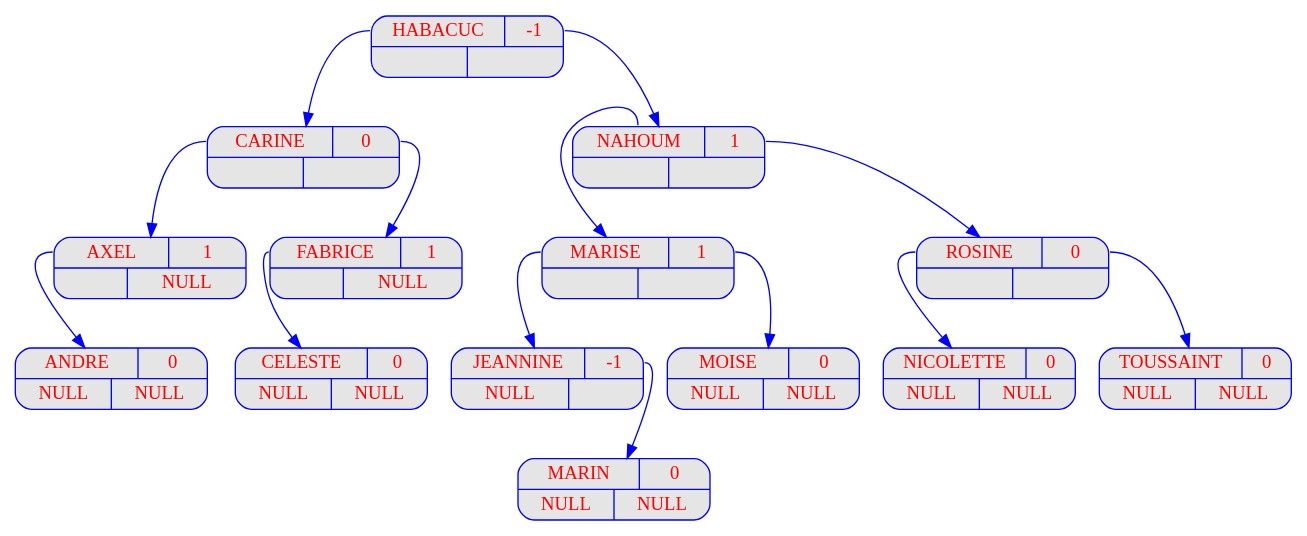
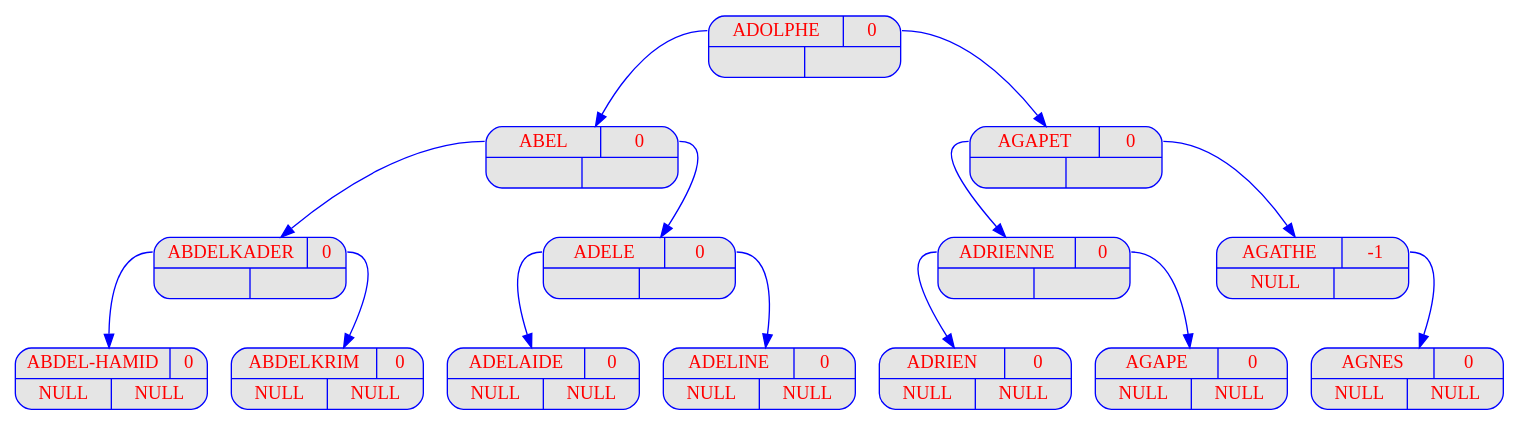
The diagram in output_Prog1/dot/displayAVL_v13.dot (FilRougeAAP/Fil_Rouge), drawn with Graphviz before and after one commit. The commit also changed 212 other files, not shown here.

```diff
--- a/output_Prog1/dot/displayAVL_v13.dot
+++ b/output_Prog1/dot/displayAVL_v13.dot
@@ -1,125 +1,52 @@
 digraph displayAVL {
 	node [
 		fontname  = "Arial bold" 
 		fontsize  = "14"
 		fontcolor = "red"
 		style     = "rounded, filled"
 		shape     = "record"
 		fillcolor = "grey90"
 		color     = "blue"
 		width     = "2"
 	]
 
 	edge [
 		color     = "blue"
 	]
 
-	HABACUC
- [label = "{{<g> HABACUC
- | <d> -1 } | { <g> | <d>}}"];
-	HABACUC
-:g -> CARINE
-;
-	CARINE
- [label = "{{<g> CARINE
- | <d> 0 } | { <g> | <d>}}"];
-	CARINE
-:g -> AXEL
-;
-	AXEL
- [label = "{{<g> AXEL
- | <d> 1 } | { <g> | <d>}}"];
-	AXEL
- [label = "{{<g> AXEL
- | <d> 1 }| { <g> | <d> NULL}}"];
-	AXEL
-:g -> ANDRE
-;
-	ANDRE
- [label = "{{<g> ANDRE
- | <d> 0 } | { <g> | <d>}}"];
-	ANDRE
- [label = "{{<g> ANDRE
- | <d> 0 }| { <g> NULL | <d> NULL}}"];
-	CARINE
-:d -> FABRICE
-;
-	FABRICE
- [label = "{{<g> FABRICE
- | <d> 1 } | { <g> | <d>}}"];
-	FABRICE
- [label = "{{<g> FABRICE
- | <d> 1 }| { <g> | <d> NULL}}"];
-	FABRICE
-:g -> CELESTE
-;
-	CELESTE
- [label = "{{<g> CELESTE
- | <d> 0 } | { <g> | <d>}}"];
-	CELESTE
- [label = "{{<g> CELESTE
- | <d> 0 }| { <g> NULL | <d> NULL}}"];
-	HABACUC
-:d -> NAHOUM
-;
-	NAHOUM
- [label = "{{<g> NAHOUM
- | <d> 1 } | { <g> | <d>}}"];
-	NAHOUM
-:g -> MARISE
-;
-	MARISE
- [label = "{{<g> MARISE
- | <d> 1 } | { <g> | <d>}}"];
-	MARISE
-:g -> JEANNINE
-;
-	JEANNINE
- [label = "{{<g> JEANNINE
- | <d> -1 } | { <g> | <d>}}"];
-	JEANNINE
- [label = "{{<g> JEANNINE
- | <d> -1 }| { <g> NULL | <d> }}"];
-	JEANNINE
-:d -> MARIN
-;
-	MARIN
- [label = "{{<g> MARIN
- | <d> 0 } | { <g> | <d>}}"];
-	MARIN
- [label = "{{<g> MARIN
- | <d> 0 }| { <g> NULL | <d> NULL}}"];
-	MARISE
-:d -> MOISE
-;
-	MOISE
- [label = "{{<g> MOISE
- | <d> 0 } | { <g> | <d>}}"];
-	MOISE
- [label = "{{<g> MOISE
- | <d> 0 }| { <g> NULL | <d> NULL}}"];
-	NAHOUM
-:d -> ROSINE
-;
-	ROSINE
- [label = "{{<g> ROSINE
- | <d> 0 } | { <g> | <d>}}"];
-	ROSINE
-:g -> NICOLETTE
-;
-	NICOLETTE
- [label = "{{<g> NICOLETTE
- | <d> 0 } | { <g> | <d>}}"];
-	NICOLETTE
- [label = "{{<g> NICOLETTE
- | <d> 0 }| { <g> NULL | <d> NULL}}"];
-	ROSINE
-:d -> TOUSSAINT
-;
-	TOUSSAINT
- [label = "{{<g> TOUSSAINT
- | <d> 0 } | { <g> | <d>}}"];
-	TOUSSAINT
- [label = "{{<g> TOUSSAINT
- | <d> 0 }| { <g> NULL | <d> NULL}}"];
+	"ADOLPHE" [label = "{{<g> ADOLPHE | <d> 0 } | { <g> | <d>}}"];
+	"ADOLPHE":g -> "ABEL";
+	"ABEL" [label = "{{<g> ABEL | <d> 0 } | { <g> | <d>}}"];
+	"ABEL":g -> "ABDELKADER";
+	"ABDELKADER" [label = "{{<g> ABDELKADER | <d> 0 } | { <g> | <d>}}"];
+	"ABDELKADER":g -> "ABDEL-HAMID";
+	"ABDEL-HAMID" [label = "{{<g> ABDEL-HAMID | <d> 0 } | { <g> | <d>}}"];
+	"ABDEL-HAMID" [label = "{{<g> ABDEL-HAMID | <d> 0 }| { <g> NULL | <d> NULL}}"];
+	"ABDELKADER":d -> "ABDELKRIM";
+	"ABDELKRIM" [label = "{{<g> ABDELKRIM | <d> 0 } | { <g> | <d>}}"];
+	"ABDELKRIM" [label = "{{<g> ABDELKRIM | <d> 0 }| { <g> NULL | <d> NULL}}"];
+	"ABEL":d -> "ADELE";
+	"ADELE" [label = "{{<g> ADELE | <d> 0 } | { <g> | <d>}}"];
+	"ADELE":g -> "ADELAIDE";
+	"ADELAIDE" [label = "{{<g> ADELAIDE | <d> 0 } | { <g> | <d>}}"];
+	"ADELAIDE" [label = "{{<g> ADELAIDE | <d> 0 }| { <g> NULL | <d> NULL}}"];
+	"ADELE":d -> "ADELINE";
+	"ADELINE" [label = "{{<g> ADELINE | <d> 0 } | { <g> | <d>}}"];
+	"ADELINE" [label = "{{<g> ADELINE | <d> 0 }| { <g> NULL | <d> NULL}}"];
+	"ADOLPHE":d -> "AGAPET";
+	"AGAPET" [label = "{{<g> AGAPET | <d> 0 } | { <g> | <d>}}"];
+	"AGAPET":g -> "ADRIENNE";
+	"ADRIENNE" [label = "{{<g> ADRIENNE | <d> 0 } | { <g> | <d>}}"];
+	"ADRIENNE":g -> "ADRIEN";
+	"ADRIEN" [label = "{{<g> ADRIEN | <d> 0 } | { <g> | <d>}}"];
+	"ADRIEN" [label = "{{<g> ADRIEN | <d> 0 }| { <g> NULL | <d> NULL}}"];
+	"ADRIENNE":d -> "AGAPE";
+	"AGAPE" [label = "{{<g> AGAPE | <d> 0 } | { <g> | <d>}}"];
+	"AGAPE" [label = "{{<g> AGAPE | <d> 0 }| { <g> NULL | <d> NULL}}"];
+	"AGAPET":d -> "AGATHE";
+	"AGATHE" [label = "{{<g> AGATHE | <d> -1 } | { <g> | <d>}}"];
+	"AGATHE" [label = "{{<g> AGATHE | <d> -1 }| { <g> NULL | <d> }}"];
+	"AGATHE":d -> "AGNES";
+	"AGNES" [label = "{{<g> AGNES | <d> 0 } | { <g> | <d>}}"];
+	"AGNES" [label = "{{<g> AGNES | <d> 0 }| { <g> NULL | <d> NULL}}"];
 }
```
